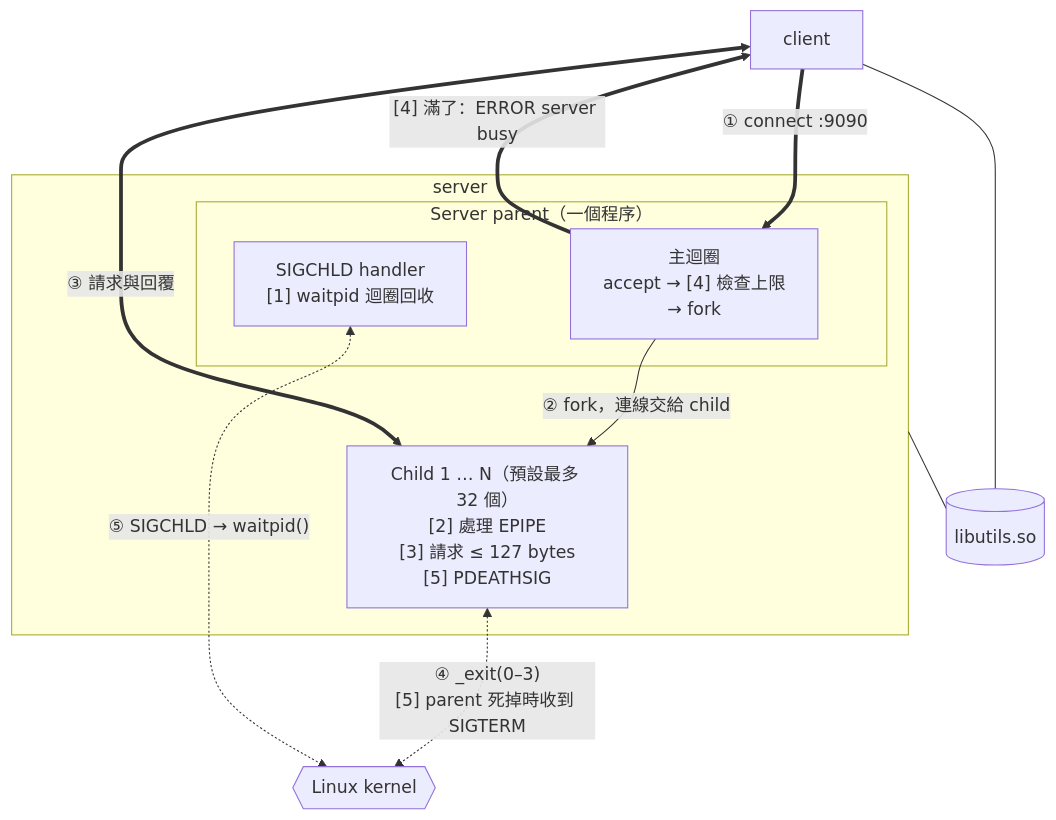
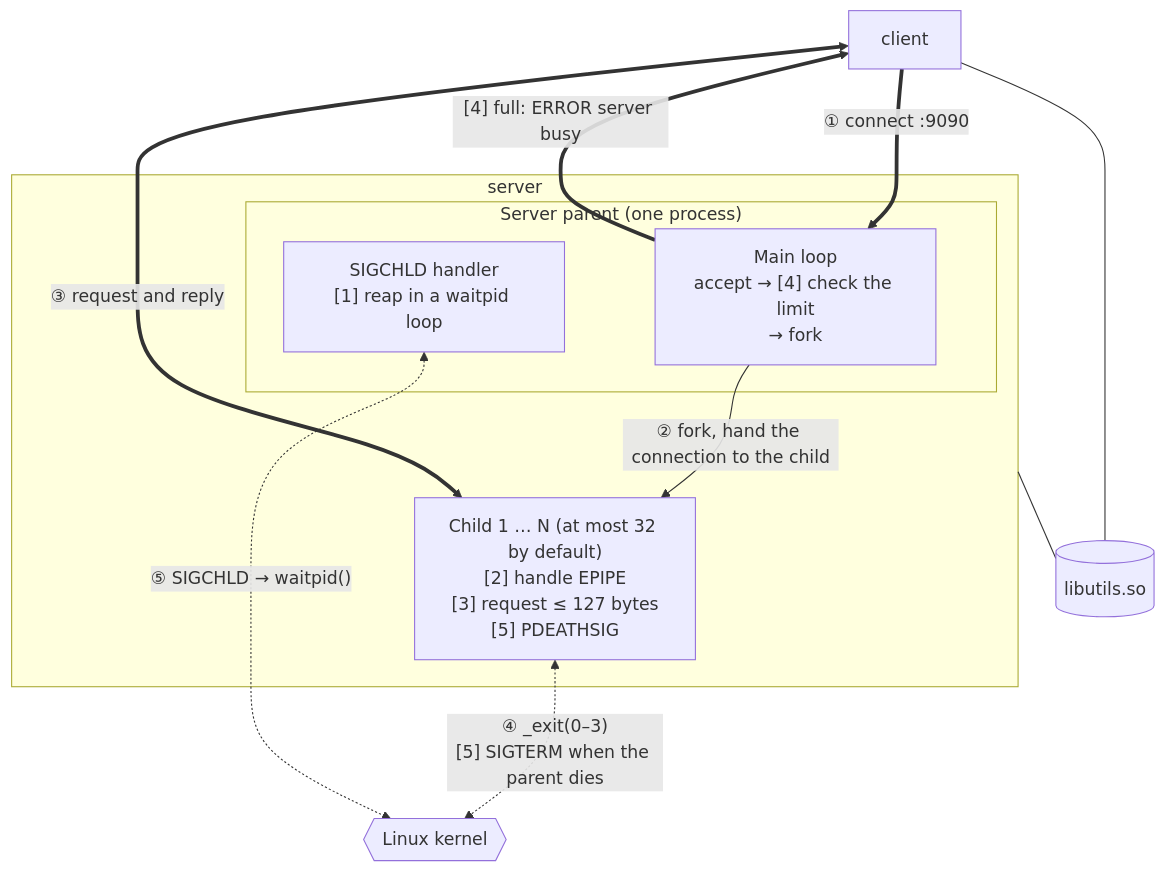
One commit to t115ab8044/NP_SysInfo changed the first of 2 diagrams in docs/system-design.md. Above: the diagram before and after it, drawn with Mermaid. The commit also changed other lines of this file and 4 other files, not shown here.

````diff
--- a/docs/system-design.md
+++ b/docs/system-design.md
@@ -19,22 +19,22 @@
 ```mermaid
 flowchart TD
     C["client"]
     subgraph SRV["server"]
-        subgraph P["Server parent（一個程序）"]
-            A["主迴圈<br/>accept → [4] 檢查上限<br/>→ fork"]
-            H["SIGCHLD handler<br/>[1] waitpid 迴圈回收"]
+        subgraph P["Server parent (one process)"]
+            A["Main loop<br/>accept → [4] check the limit<br/>→ fork"]
+            H["SIGCHLD handler<br/>[1] reap in a waitpid loop"]
         end
-        K["Child 1 … N（預設最多 32 個）<br/>[2] 處理 EPIPE<br/>[3] 請求 ≤ 127 bytes<br/>[5] PDEATHSIG"]
+        K["Child 1 … N (at most 32 by default)<br/>[2] handle EPIPE<br/>[3] request ≤ 127 bytes<br/>[5] PDEATHSIG"]
     end
     OS{{"Linux kernel"}}
     SO[("libutils.so")]
 
     C ==>|"① connect :9090"| A
-    A ==>|"[4] 滿了：ERROR server busy"| C
-    A -->|"② fork，連線交給 child"| K
-    C <==>|"③ 請求與回覆"| K
-    K <-.->|"④ _exit(0–3)<br/>[5] parent 死掉時收到 SIGTERM"| OS
+    A ==>|"[4] full: ERROR server busy"| C
+    A -->|"② fork, hand the connection to the child"| K
+    C <==>|"③ request and reply"| K
+    K <-.->|"④ _exit(0–3)<br/>[5] SIGTERM when the parent dies"| OS
     H <-.->|"⑤ SIGCHLD → waitpid()"| OS
     C --- SO
     SRV --- SO
 ```
````
